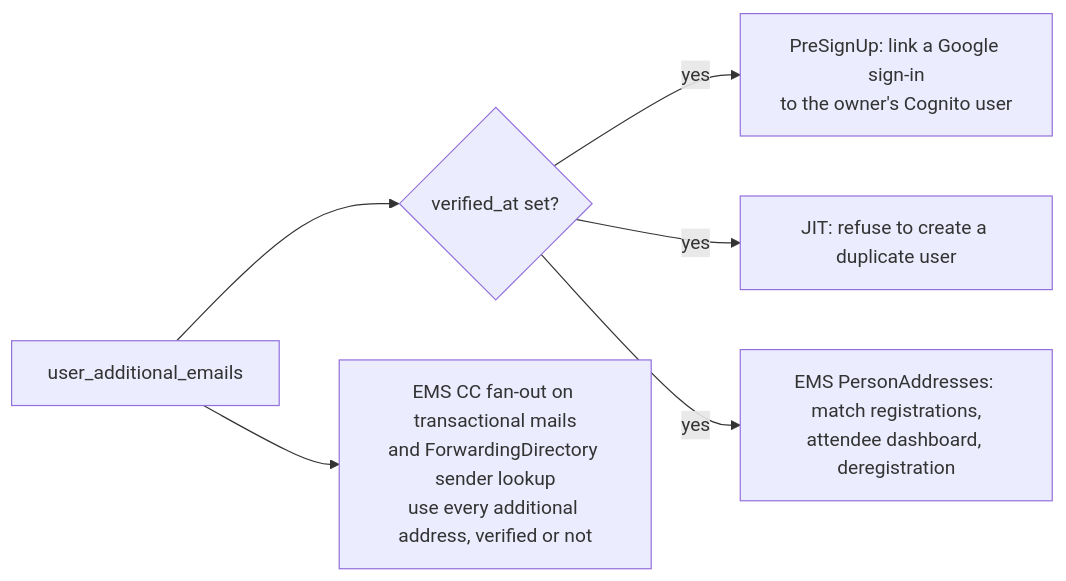
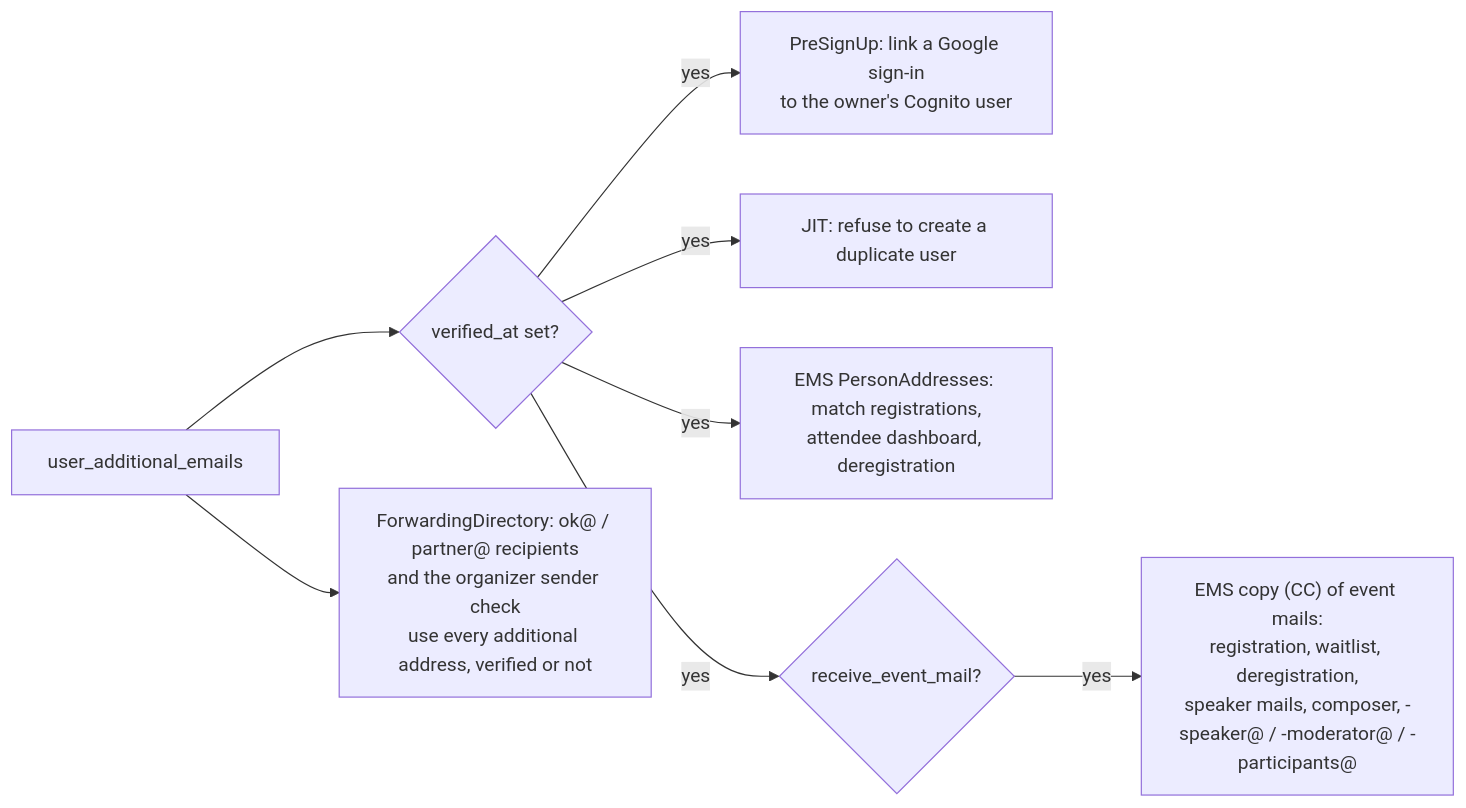
One commit to nissimbuchs/BATbern2 changed the seventh of 7 diagrams in docs/architecture/06b-user-lifecycle-sync.md. Above: the diagram before and after it, drawn with Mermaid. The commit also changed other lines of this file and 80 other files, not shown here.

First line of the commit message:
feat(profile): e-mail addresses on /profile, event mails to the primary (#1244); fix AI theme image timeout and event type PATCH (#1245)

````diff
--- a/docs/architecture/06b-user-lifecycle-sync.md
+++ b/docs/architecture/06b-user-lifecycle-sync.md
@@ -1060,8 +1060,10 @@
 ```mermaid
 flowchart LR
     AE["user_additional_emails"] --> V{"verified_at set?"}
     V -- "yes" --> L1["PreSignUp: link a Google sign-in<br/>to the owner's Cognito user"]
     V -- "yes" --> L2["JIT: refuse to create a duplicate user"]
     V -- "yes" --> L3["EMS PersonAddresses: match registrations,<br/>attendee dashboard, deregistration"]
-    AE --> A1["EMS CC fan-out on transactional mails<br/>and ForwardingDirectory sender lookup<br/>use every additional address, verified or not"]
+    V -- "yes" --> C1{"receive_event_mail?"}
+    C1 -- "yes" --> L4["EMS copy (CC) of event mails:<br/>registration, waitlist, deregistration,<br/>speaker mails, composer, -speaker@ / -moderator@ / -participants@"]
+    AE --> A1["ForwardingDirectory: ok@ / partner@ recipients<br/>and the organizer sender check<br/>use every additional address, verified or not"]
 ```
````
